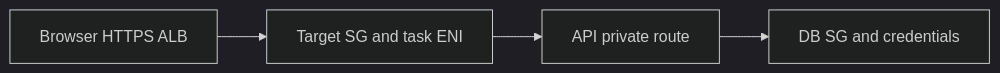
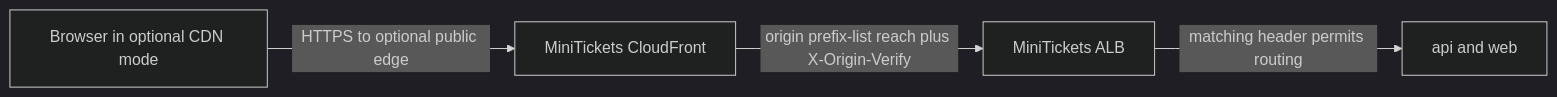
One commit to maheshnd/minitickets changed the diagram in docs/handbook/concepts/origin-protection.md. Above: the diagram before and after it, drawn with Mermaid (dark theme). The commit also changed other lines of this file and 119 other files, not shown here.

````diff
--- a/docs/handbook/concepts/origin-protection.md
+++ b/docs/handbook/concepts/origin-protection.md
@@ -17,7 +18,6 @@
 ```mermaid
 flowchart LR
-    n0["Browser HTTPS ALB"] --> n1
-    n1["Target SG and task ENI"] --> n2
-    n2["API private route"] --> n3
-    n3["DB SG and credentials"]
+    browser["Browser in optional CDN mode"] -->|"HTTPS to optional public edge"| cf["MiniTickets CloudFront"]
+    cf -->|"origin prefix-list reach plus X-Origin-Verify"| alb["MiniTickets ALB"]
+    alb -->|"matching header permits routing"| app["api and web"]
 ```
````
